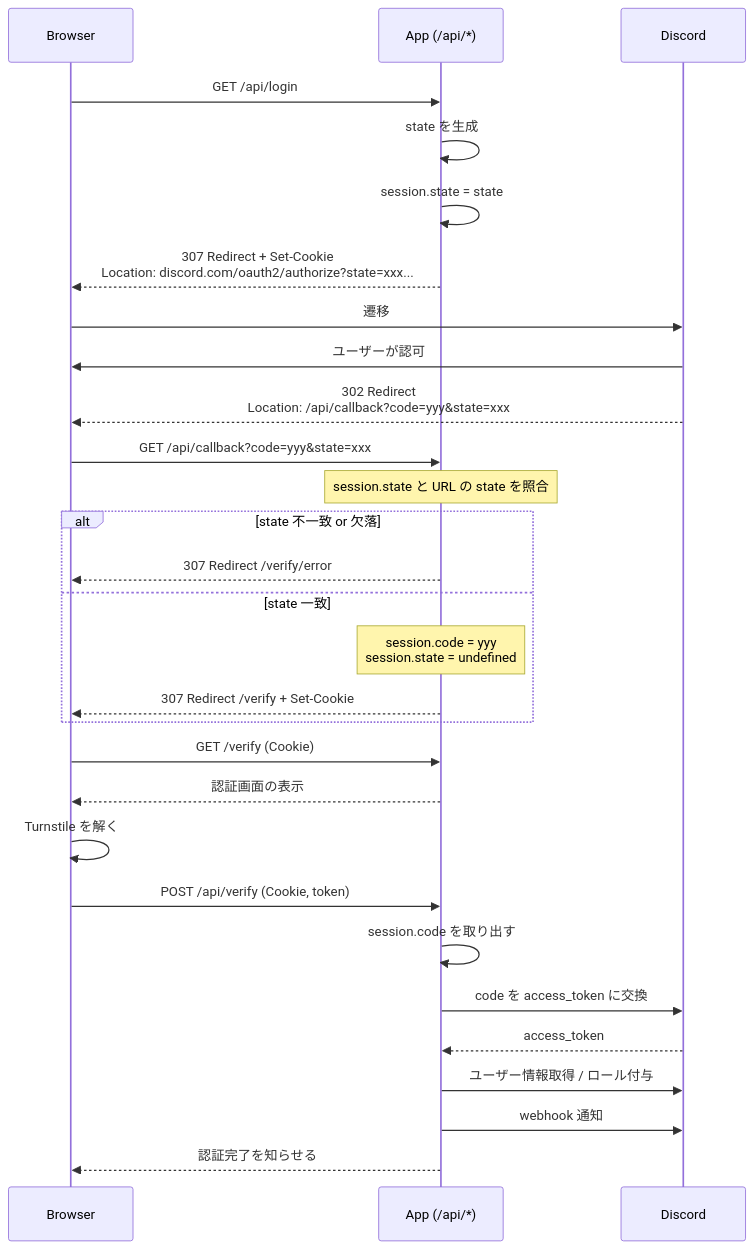
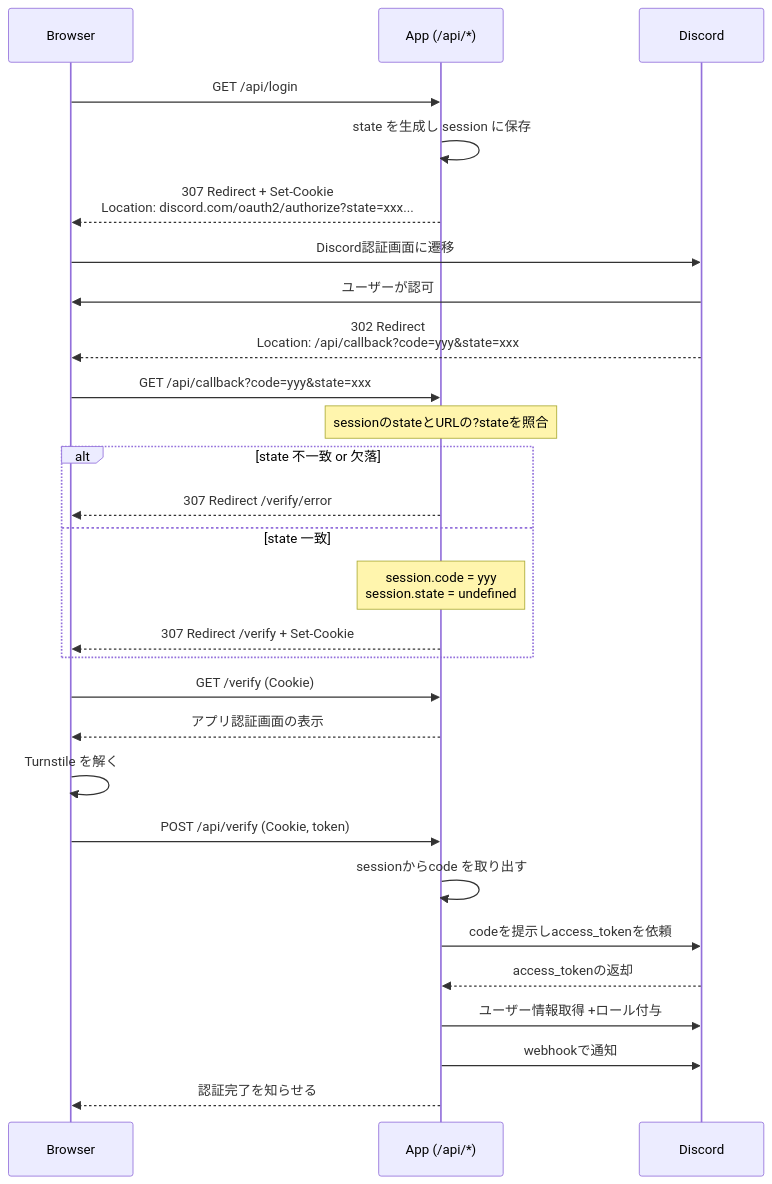
One commit to proto08/zenn changed the diagram in articles/3d610335fa0273.md. Above: the diagram before and after it, drawn with Mermaid.

Commit message:
fix: シーケンス図の表現を一部改善

````diff
--- a/articles/3d610335fa0273.md
+++ b/articles/3d610335fa0273.md
@@ -18,38 +18,37 @@
 ```mermaid
 sequenceDiagram
     participant Browser
     participant App as App (/api/*)
     participant Discord
 
     Browser->>App: GET /api/login
-    App->>App: state を生成
-    App->>App: session.state = state
+    App->>App: state を生成し session に保存
     App-->>Browser: 307 Redirect + Set-Cookie<br/>Location: discord.com/oauth2/authorize?state=xxx...
 
-    Browser->>Discord: 遷移
+    Browser->>Discord: Discord認証画面に遷移
     Discord->>Browser: ユーザーが認可
 
     Discord-->>Browser: 302 Redirect<br/>Location: /api/callback?code=yyy&state=xxx
 
     Browser->>App: GET /api/callback?code=yyy&state=xxx
-    Note over App: session.state と URL の state を照合
+    Note over App: sessionのstateとURLの?stateを照合
 
     alt state 不一致 or 欠落
         App-->>Browser: 307 Redirect /verify/error
     else state 一致
         Note over App: session.code = yyy<br/>session.state = undefined
         App-->>Browser: 307 Redirect /verify + Set-Cookie
     end
 
     Browser->>App: GET /verify (Cookie)
-    App-->>Browser: 認証画面の表示
+    App-->>Browser: アプリ認証画面の表示
     Browser->>Browser: Turnstile を解く
 
     Browser->>App: POST /api/verify (Cookie, token)
-    App->>App: session.code を取り出す
-    App->>Discord: code を access_token に交換
-    Discord-->>App: access_token
-    App->>Discord: ユーザー情報取得 / ロール付与
-    App->>Discord: webhook 通知
+    App->>App: sessionからcode を取り出す
+    App->>Discord: codeを提示しaccess_tokenを依頼
+    Discord-->>App: access_tokenの返却
+    App->>Discord: ユーザー情報取得 +ロール付与
+    App->>Discord: webhookで通知
     App-->>Browser: 認証完了を知らせる
 ```
````
